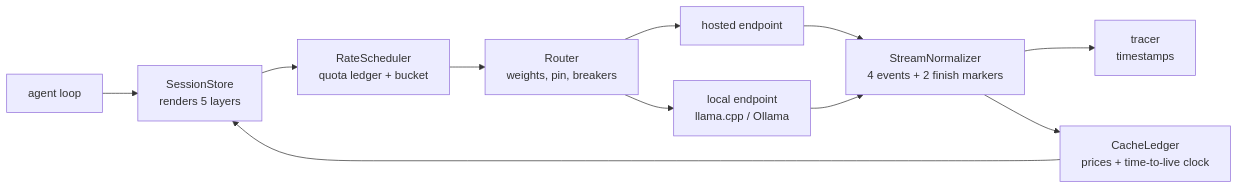
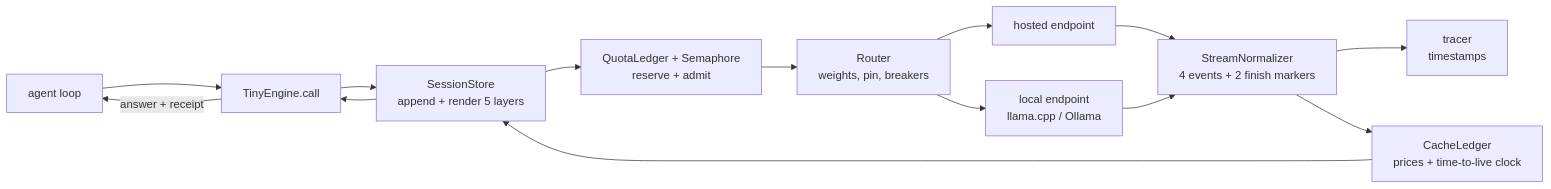
Before and after one commit to arbazkhan971/inference-engineering-book: the diagram in manuscript/appendix-d-tinyengine-companion.md, drawn with Mermaid. The commit also changed other lines of this file and 43 other files, not shown here.

````diff
--- a/manuscript/appendix-d-tinyengine-companion.md
+++ b/manuscript/appendix-d-tinyengine-companion.md
@@ -22,13 +28,16 @@
 ```mermaid
 graph LR
-    A[agent loop] --> S[SessionStore<br/>renders 5 layers]
-    S --> Q[RateScheduler<br/>quota ledger + bucket]
+    A[agent loop] --> E[TinyEngine.call]
+    E --> S[SessionStore<br/>append + render 5 layers]
+    S --> Q[QuotaLedger + Semaphore<br/>reserve + admit]
     Q --> R[Router<br/>weights, pin, breakers]
     R --> H[hosted endpoint]
     R --> L[local endpoint<br/>llama.cpp / Ollama]
     H --> N[StreamNormalizer<br/>4 events + 2 finish markers]
     L --> N
     N --> T[tracer<br/>timestamps]
     N --> M[CacheLedger<br/>prices + time-to-live clock]
     M --> S
+    S --> E
+    E -->|answer + receipt| A
 ```
````
